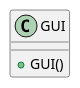
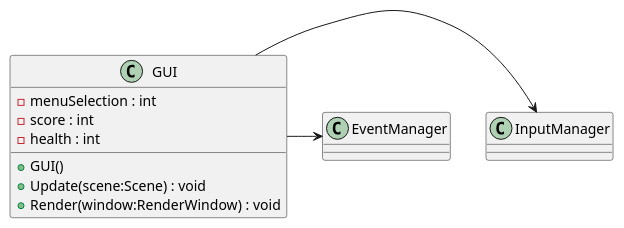
One commit to Ruby1405/PaceInvaders changed the diagram in plantuml/GUI.puml. Above: the diagram before and after it, drawn with PlantUML. The commit also changed 28 other files, not shown here.

Commit message:
mostly diagram progress

```diff
--- a/plantuml/GUI.puml
+++ b/plantuml/GUI.puml
@@ -1,5 +1,12 @@
 @startuml
 class GUI {
+    - menuSelection : int
+    - score : int
+    - health : int
     + GUI()
+    + Update(scene:Scene) : void
+    + Render(window:RenderWindow) : void
 }
+GUI -> InputManager
+GUI -> EventManager
 @enduml
```
